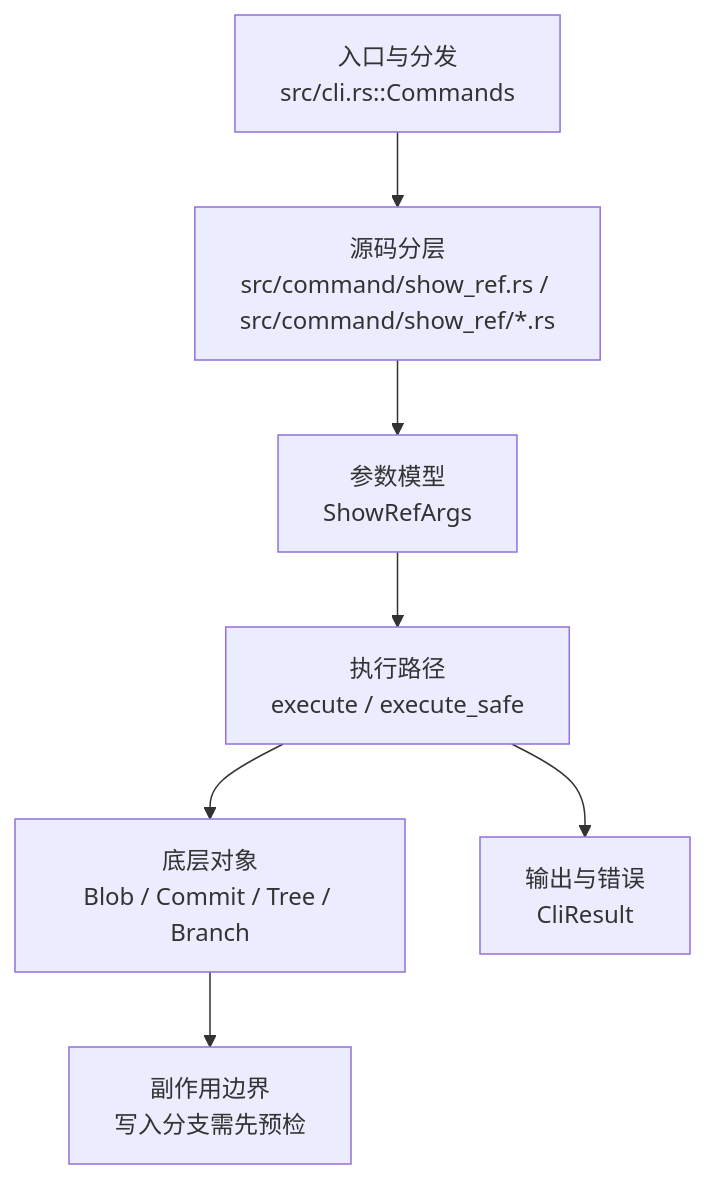
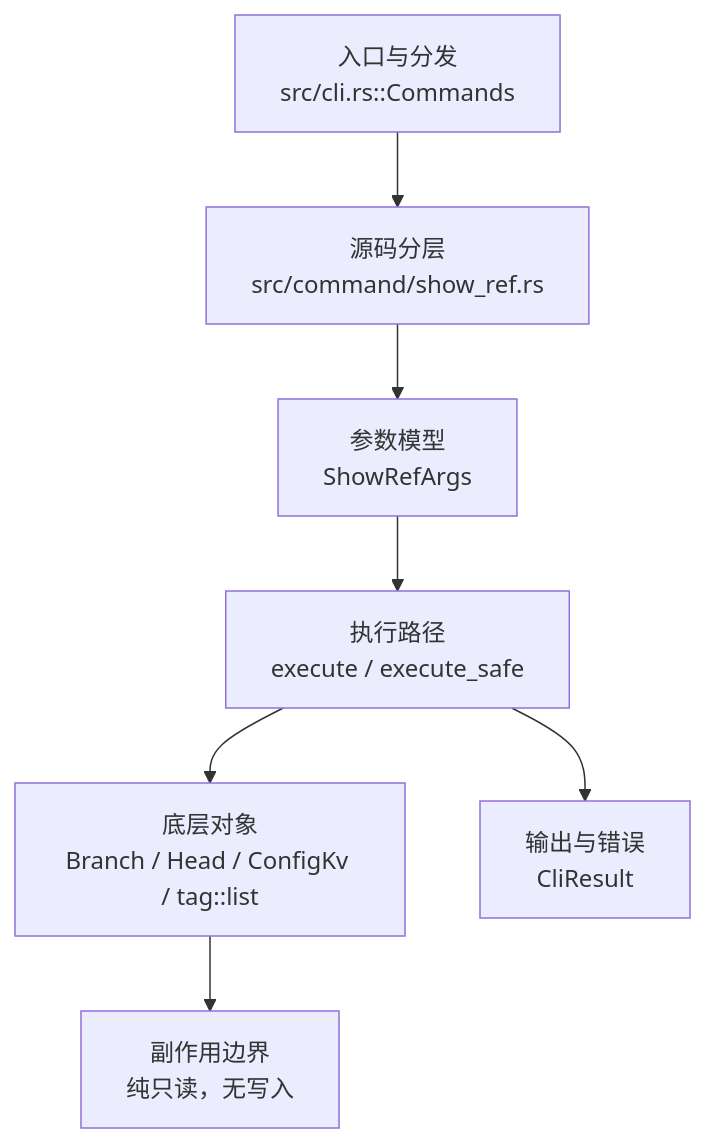
The diagram in docs/development/commands/show-ref.md (web3infra-foundation/libra), drawn with Mermaid before and after one commit. The commit also changed other lines of this file and 65 other files, not shown here.

First line of the commit message:
docs(commands): reconcile development command docs with current code

````diff
--- a/docs/development/commands/show-ref.md
+++ b/docs/development/commands/show-ref.md
@@ -22,9 +22,9 @@
 ```mermaid
 flowchart TD
-    A["入口与分发<br/>src/cli.rs::Commands"] --> B["源码分层<br/>src/command/show_ref.rs / src/command/show_ref/*.rs"]
+    A["入口与分发<br/>src/cli.rs::Commands"] --> B["源码分层<br/>src/command/show_ref.rs"]
     B --> C["参数模型<br/>ShowRefArgs"]
     C --> D["执行路径<br/>execute / execute_safe"]
-    D --> E["底层对象<br/>Blob / Commit / Tree / Branch"]
+    D --> E["底层对象<br/>Branch / Head / ConfigKv / tag::list"]
     D --> F["输出与错误<br/>CliResult"]
-    E --> G["副作用边界<br/>写入分支需先预检"]
+    E --> G["副作用边界<br/>纯只读，无写入"]
 ```
````
